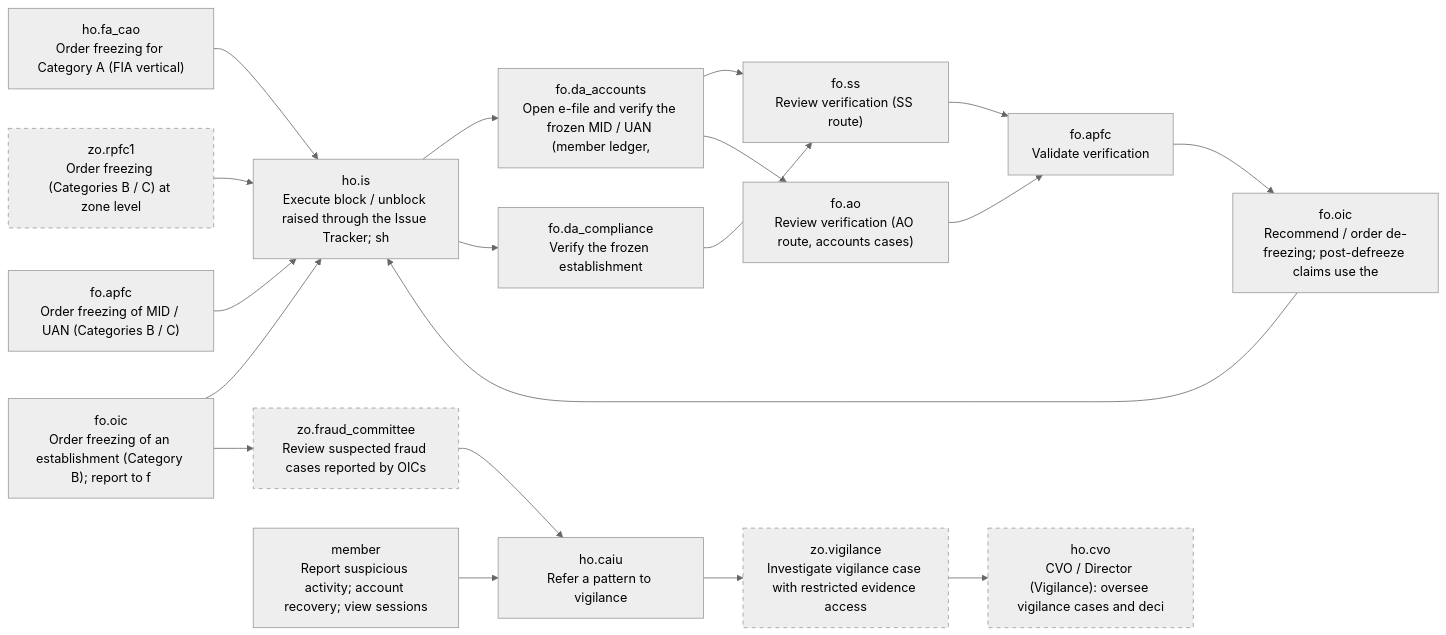
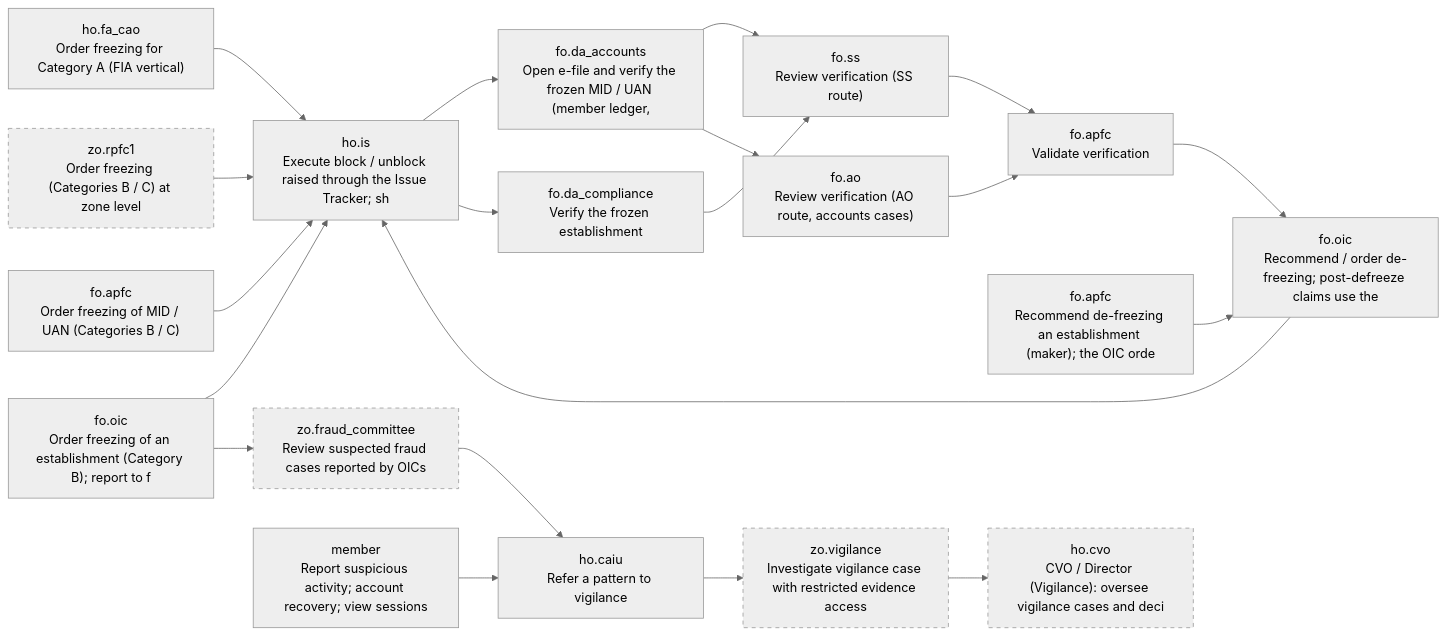
One commit to gauravmeena0708/pf-life changed the seventh of 14 diagrams in docs/stakeholder-api-sets.md. Above: the diagram before and after it, drawn with Mermaid (neutral theme). The commit also changed other lines of this file and 60 other files, not shown here.

````diff
--- a/docs/stakeholder-api-sets.md
+++ b/docs/stakeholder-api-sets.md
@@ -1675,41 +1676,43 @@
 ```mermaid
 flowchart LR
   F07_freeze_ho["ho.fa_cao<br/>Order freezing for Category A (FIA vertical)"]
   F07_freeze_zo["zo.rpfc1<br/>Order freezing (Categories B / C) at zone level"]
   style F07_freeze_zo stroke-dasharray: 5 5
   F07_freeze_ro_member["fo.apfc<br/>Order freezing of MID / UAN (Categories B / C)"]
   F07_freeze_ro_est["fo.oic<br/>Order freezing of an establishment (Category B); report to f"]
   F07_block["ho.is<br/>Execute block / unblock raised through the Issue Tracker; sh"]
   F07_verify_member["fo.da_accounts<br/>Open e-file and verify the frozen MID / UAN (member ledger, "]
   F07_verify_est["fo.da_compliance<br/>Verify the frozen establishment"]
   F07_verify_ss["fo.ss<br/>Review verification (SS route)"]
   F07_verify_ao["fo.ao<br/>Review verification (AO route, accounts cases)"]
   F07_verify_apfc["fo.apfc<br/>Validate verification"]
+  F07_defreeze_est_maker["fo.apfc<br/>Recommend de-freezing an establishment (maker); the OIC orde"]
   F07_defreeze["fo.oic<br/>Recommend / order de-freezing; post-defreeze claims use the "]
   F07_committee["zo.fraud_committee<br/>Review suspected fraud cases reported by OICs"]
   style F07_committee stroke-dasharray: 5 5
   F07_vig_referral["ho.caiu<br/>Refer a pattern to vigilance"]
   F07_vig_zone["zo.vigilance<br/>Investigate vigilance case with restricted evidence access"]
   style F07_vig_zone stroke-dasharray: 5 5
   F07_vig_ho["ho.cvo<br/>CVO / Director (Vigilance): oversee vigilance cases and deci"]
   style F07_vig_ho stroke-dasharray: 5 5
   F07_member_report["member<br/>Report suspicious activity; account recovery; view sessions"]
   F07_freeze_ho --> F07_block
   F07_freeze_zo --> F07_block
   F07_freeze_ro_member --> F07_block
   F07_freeze_ro_est --> F07_block
   F07_freeze_ro_est --> F07_committee
   F07_block --> F07_verify_member
   F07_block --> F07_verify_est
   F07_verify_member --> F07_verify_ss
   F07_verify_member --> F07_verify_ao
   F07_verify_est --> F07_verify_ss
   F07_verify_ss --> F07_verify_apfc
   F07_verify_ao --> F07_verify_apfc
   F07_verify_apfc --> F07_defreeze
+  F07_defreeze_est_maker --> F07_defreeze
   F07_defreeze --> F07_block
   F07_committee --> F07_vig_referral
   F07_vig_referral --> F07_vig_zone
   F07_vig_zone --> F07_vig_ho
   F07_member_report --> F07_vig_referral
 ```
````
